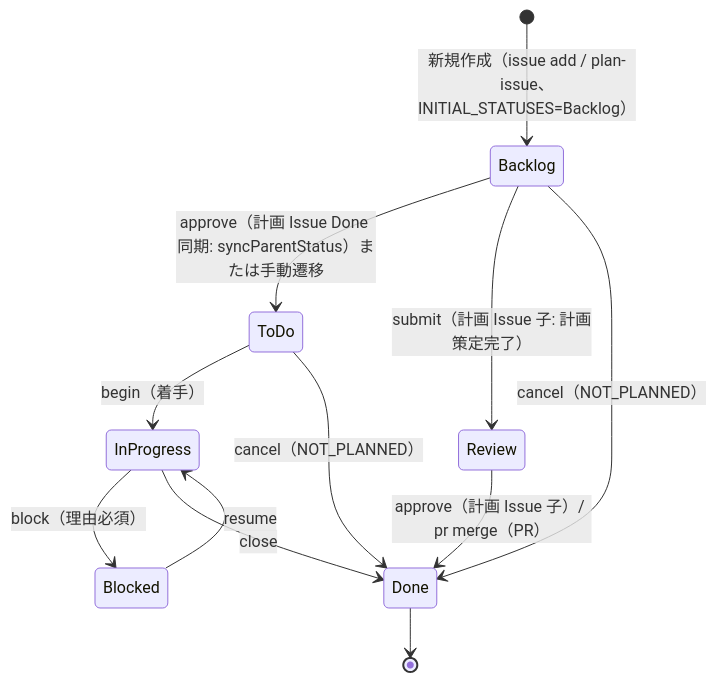
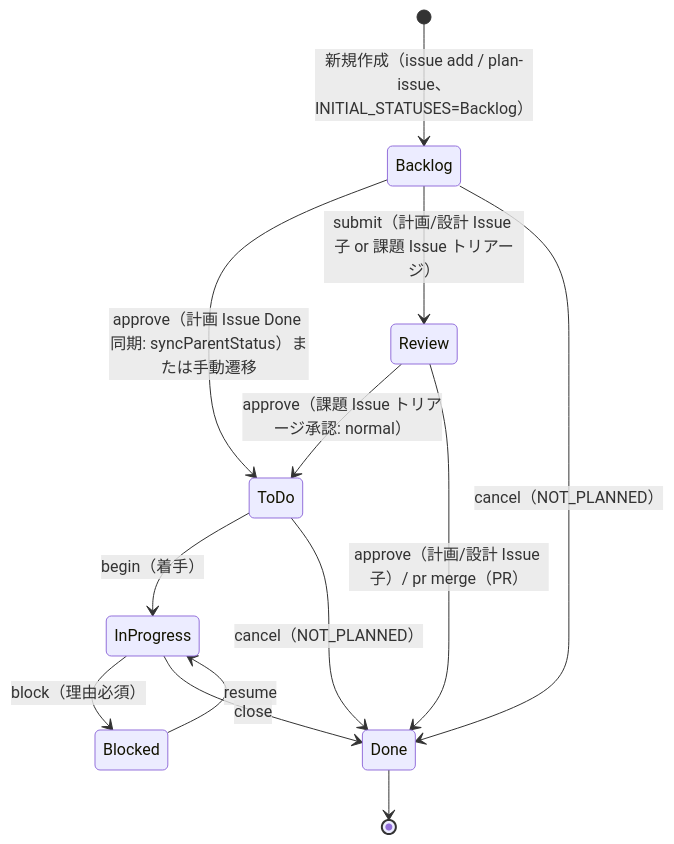
One commit to ShirokumaDevelopment/shirokuma-plugins changed the diagram in shirokuma-skills-ja/rules/github/project-items.md. Above: the diagram before and after it, drawn with Mermaid. The commit also changed other lines of this file and 64 other files, not shown here.

````diff
--- a/shirokuma-skills-ja/rules/github/project-items.md
+++ b/shirokuma-skills-ja/rules/github/project-items.md
@@ -20,14 +20,15 @@
 ```mermaid
 stateDiagram-v2
     [*] --> Backlog: 新規作成（issue add / plan-issue、INITIAL_STATUSES=Backlog）
     Backlog --> ToDo: approve（計画 Issue Done 同期: syncParentStatus）または手動遷移
-    Backlog --> Review: submit（計画 Issue 子: 計画策定完了）
+    Backlog --> Review: submit（計画/設計 Issue 子 or 課題 Issue トリアージ）
     Backlog --> Done: cancel（NOT_PLANNED）
     ToDo --> InProgress: begin（着手）
     ToDo --> Done: cancel（NOT_PLANNED）
     InProgress --> Blocked: block（理由必須）
     InProgress --> Done: close
     Blocked --> InProgress: resume
-    Review --> Done: approve（計画 Issue 子）/ pr merge（PR）
+    Review --> ToDo: approve（課題 Issue トリアージ承認: normal）
+    Review --> Done: approve（計画/設計 Issue 子）/ pr merge（PR）
     Done --> [*]
 ```
````
